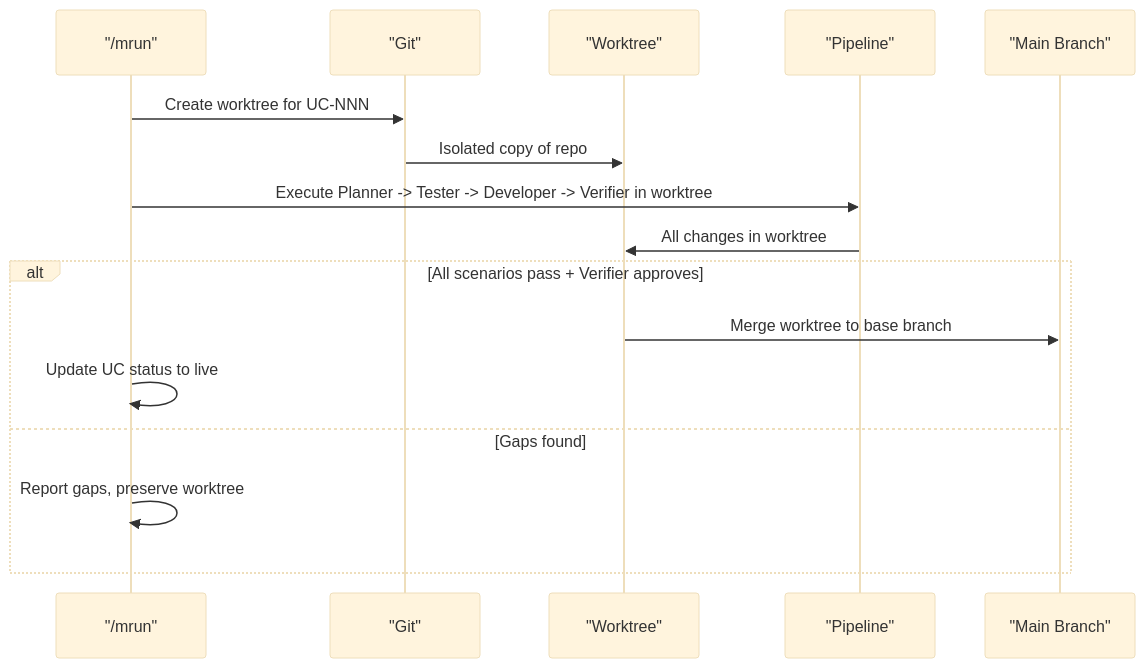
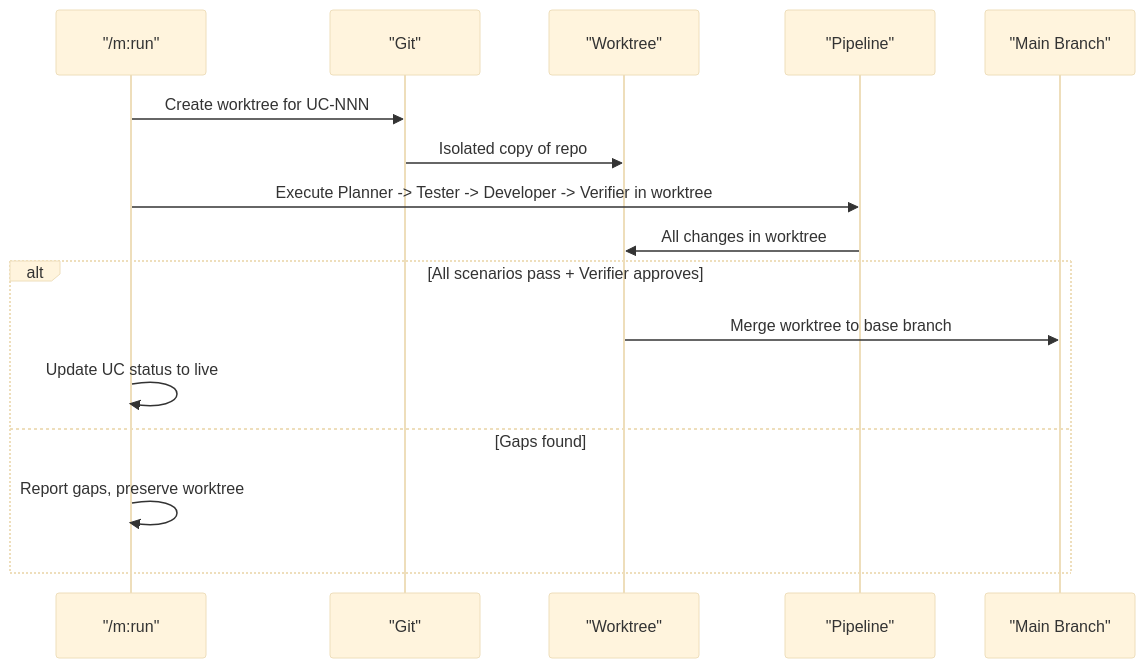
Before and after one commit to MolcajeteAI/plugin: the third of 5 diagrams in prd/specs/20260317-0316-v3_spec_system/spec.md, drawn with Mermaid (base theme). The commit also changed other lines of this file and 2 other files, not shown here.

````diff
--- a/prd/specs/20260317-0316-v3_spec_system/spec.md
+++ b/prd/specs/20260317-0316-v3_spec_system/spec.md
@@ -1024,19 +948,19 @@
 ```mermaid
 sequenceDiagram
-    participant Run as "/mrun"
+    participant Run as "/m:run"
     participant Git as "Git"
     participant WT as "Worktree"
     participant Agents as "Pipeline"
     participant Main as "Main Branch"
 
     Run->>Git: Create worktree for UC-NNN
     Git->>WT: Isolated copy of repo
     Run->>Agents: Execute Planner -> Tester -> Developer -> Verifier in worktree
     Agents->>WT: All changes in worktree
     alt All scenarios pass + Verifier approves
         WT->>Main: Merge worktree to base branch
         Run->>Run: Update UC status to live
     else Gaps found
         Run->>Run: Report gaps, preserve worktree
     end
 ```
````
